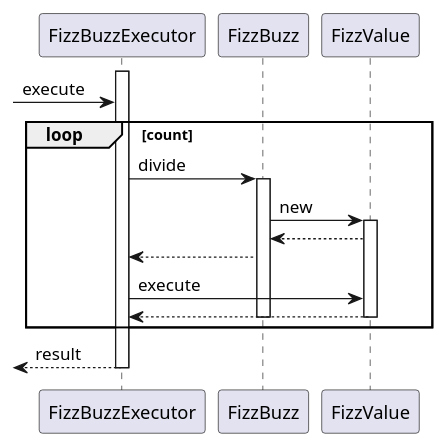
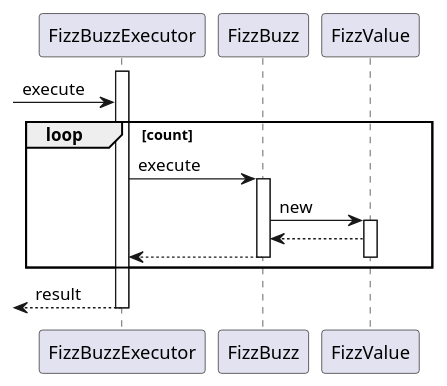
The second of 5 diagrams in docs/dev/_fizz_buzz.md (k2works/etude_for_ruby), drawn with PlantUML before and after one commit. The commit also changed other lines of this file and 9 other files, not shown here.

````diff
--- a/docs/dev/_fizz_buzz.md
+++ b/docs/dev/_fizz_buzz.md
@@ -66,20 +65,18 @@
 ```puml
 @startuml
 activate FizzBuzzExecutor
 -> FizzBuzzExecutor :execute
 loop count
-  FizzBuzzExecutor -> FizzBuzz :divide
+  FizzBuzzExecutor -> FizzBuzz :execute
   activate FizzBuzz
     FizzBuzz -> FizzValue :new  
     activate FizzValue
       FizzValue --> FizzBuzz
       FizzBuzzExecutor <-- FizzBuzz
-      FizzBuzzExecutor -> FizzValue :execute
-      FizzValue --> FizzBuzzExecutor
     deactivate FizzValue
   deactivate FizzBuzz
 end
 <-- FizzBuzzExecutor :result
 deactivate FizzBuzzExecutor
 @enduml
 ```
````
